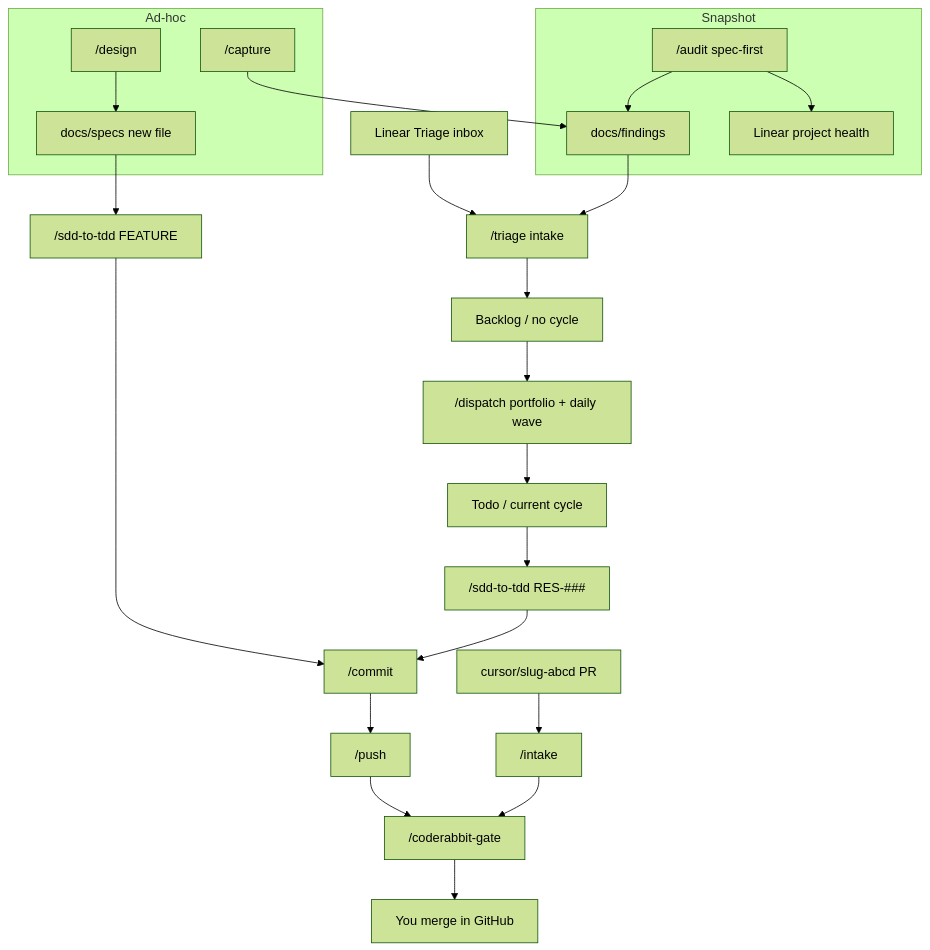
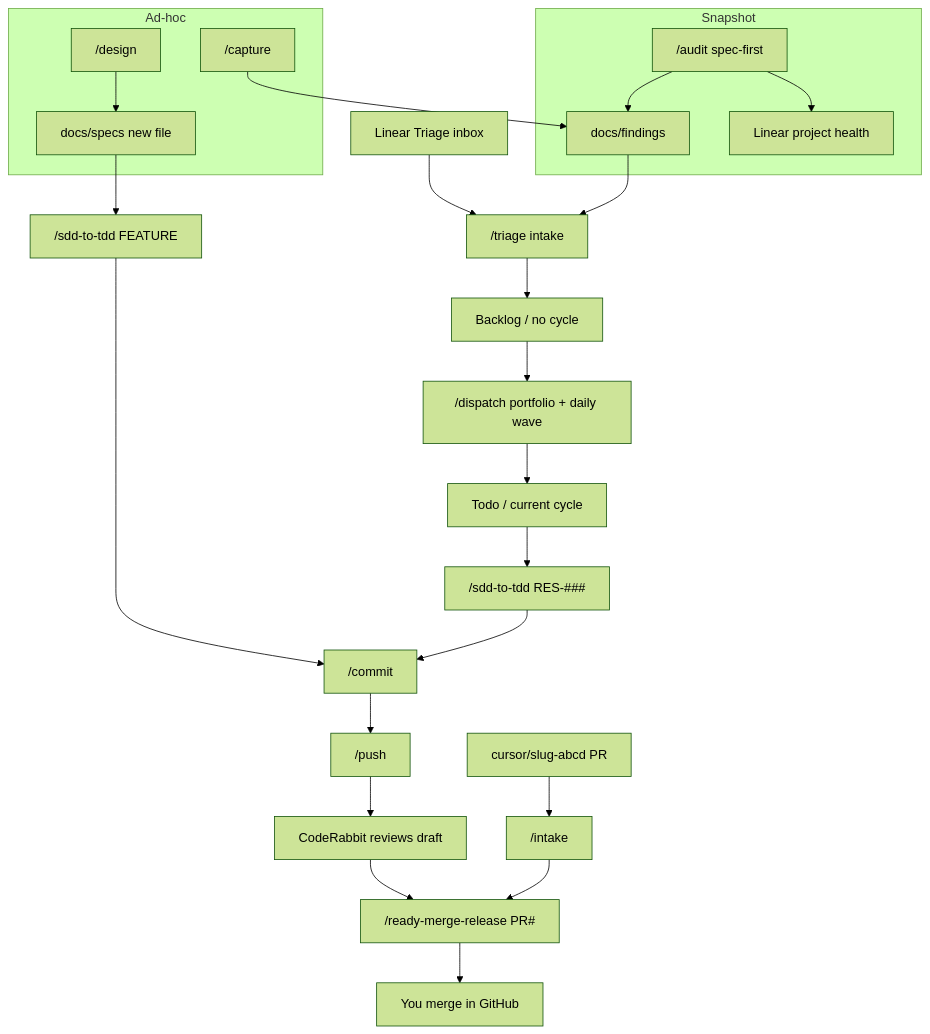
One commit to ralfcam/restaurant-system changed the diagram in .cursor/README.md. Above: the diagram before and after it, drawn with Mermaid (forest theme). The commit also changed other lines of this file and 63 other files, not shown here.

First line of the commit message:
chore(toolchain): make local CodeRabbit review advisory

````diff
--- a/.cursor/README.md
+++ b/.cursor/README.md
@@ -63,28 +64,29 @@
 ```mermaid
 flowchart TD
   subgraph snapshot [Snapshot]
     Audit["/audit spec-first"]
     Audit --> Ledger["docs/findings"]
     Audit --> ProjectHealth["Linear project health"]
   end
   subgraph adhoc [Ad-hoc]
     Capture["/capture"]
     Design["/design"]
     Capture --> Ledger
     Design --> Spec["docs/specs new file"]
   end
   LinearTriage["Linear Triage inbox"] --> Triage["/triage intake"]
   Ledger --> Triage
   Triage --> Backlog["Backlog / no cycle"]
   Backlog --> Dispatch["/dispatch portfolio + daily wave"]
   Dispatch --> Todo["Todo / current cycle"]
   Spec --> Sdd["/sdd-to-tdd FEATURE"]
   Todo --> Sdd2["/sdd-to-tdd RES-###"]
   Sdd --> Commit["/commit"]
   Sdd2 --> Commit
   Commit --> Push["/push"]
-  Push --> CR["/coderabbit-gate"]
-  CR --> Merge["You merge in GitHub"]
+  Push --> CR["CodeRabbit reviews draft"]
+  CR --> Release["/ready-merge-release PR#"]
+  Release --> Merge["You merge in GitHub"]
   CloudPR["cursor/slug-abcd PR"] --> Intake["/intake"]
-  Intake --> CR
+  Intake --> Release
 ```
````
